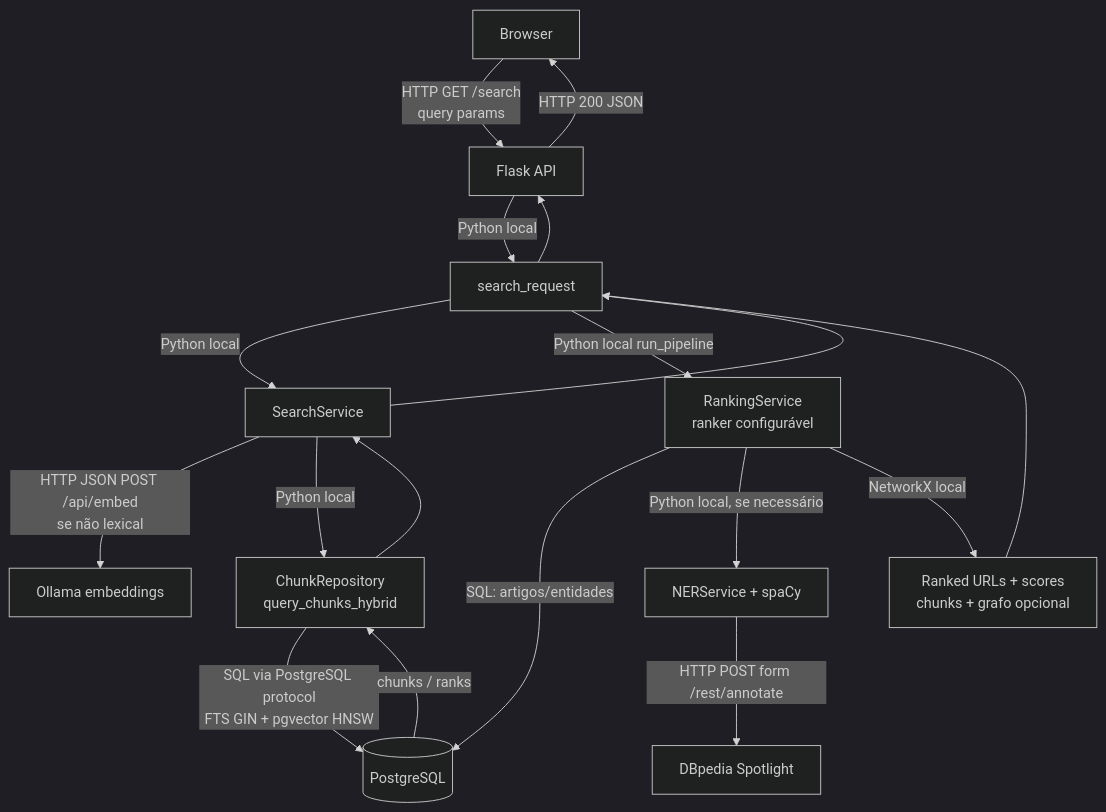
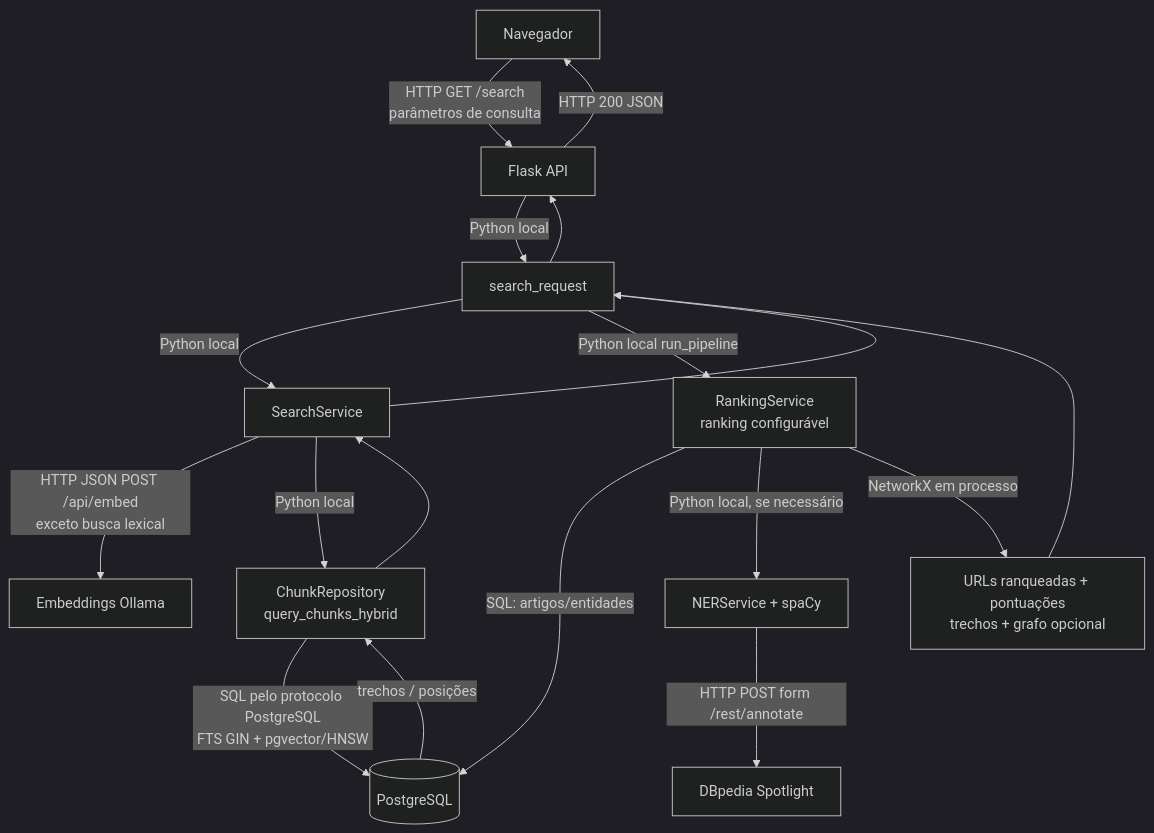
Before and after one commit to rafaelsalb/tcc: the fifth of 5 diagrams in docs/fluxos_modulos_tecnicos_sem_redis_cli.md, drawn with Mermaid (dark theme). The commit also changed other lines of this file and 25 other files, not shown here.

````diff
--- a/docs/fluxos_modulos_tecnicos_sem_redis_cli.md
+++ b/docs/fluxos_modulos_tecnicos_sem_redis_cli.md
@@ -123,20 +102,20 @@
 ```mermaid
 flowchart TB
-    browser[Browser] -->|HTTP GET /search<br/>query params| api[Flask API]
+    browser[Navegador] -->|HTTP GET /search<br/>parâmetros de consulta| api[Flask API]
     api -->|Python local| pipeline[search_request]
     pipeline -->|Python local| search[SearchService]
-    search -->|HTTP JSON POST /api/embed<br/>se não lexical| ollama[Ollama embeddings]
+    search -->|HTTP JSON POST /api/embed<br/>exceto busca lexical| ollama[Embeddings Ollama]
     search -->|Python local| repo[ChunkRepository<br/>query_chunks_hybrid]
-    repo -->|SQL via PostgreSQL protocol<br/>FTS GIN + pgvector HNSW| postgres[(PostgreSQL)]
-    postgres -->|chunks / ranks| repo
+    repo -->|SQL pelo protocolo PostgreSQL<br/>FTS GIN + pgvector/HNSW| postgres[(PostgreSQL)]
+    postgres -->|trechos / posições| repo
     repo --> search
     search --> pipeline
-    pipeline -->|Python local run_pipeline| ranker[RankingService<br/>ranker configurável]
+    pipeline -->|Python local run_pipeline| ranker[RankingService<br/>ranking configurável]
     ranker -->|SQL: artigos/entidades| postgres
     ranker -->|Python local, se necessário| ner[NERService + spaCy]
     ner -->|HTTP POST form /rest/annotate| spotlight[DBpedia Spotlight]
-    ranker -->|NetworkX local| results[Ranked URLs + scores<br/>chunks + grafo opcional]
+    ranker -->|NetworkX em processo| results[URLs ranqueadas + pontuações<br/>trechos + grafo opcional]
     results --> pipeline
     pipeline --> api
     api -->|HTTP 200 JSON| browser
 ```
````
